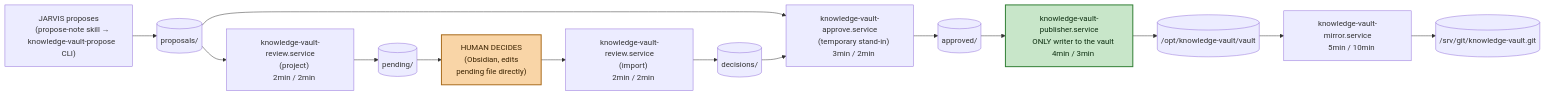
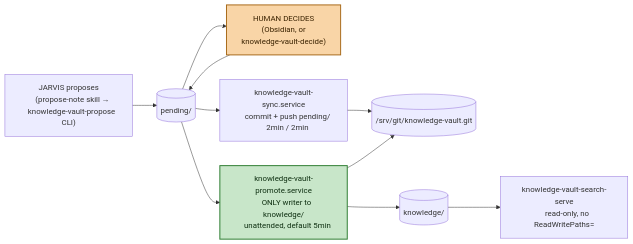
Before and after one commit to pedroortizortega/jarvis_project: the diagram in docs/services/knowledge-vault.md, drawn with Mermaid. The commit also changed other lines of this file and 6 other files, not shown here.

````diff
--- a/docs/services/knowledge-vault.md
+++ b/docs/services/knowledge-vault.md
@@ -60,55 +69,40 @@
 ```mermaid
 graph LR
     Agent["JARVIS proposes
     (propose-note skill →
     knowledge-vault-propose CLI)"]
-    Proposals[("proposals/")]
-    Review1["knowledge-vault-review.service
-    (project)
-    2min / 2min"]
     Pending[("pending/")]
     Human["HUMAN DECIDES
-    (Obsidian, edits
-    pending file directly)"]
-    Review2["knowledge-vault-review.service
-    (import)
+    (Obsidian, or
+    knowledge-vault-decide)"]
+    Sync["knowledge-vault-sync.service
+    commit + push pending/
     2min / 2min"]
-    Decisions[("decisions/")]
-    Approve["knowledge-vault-approve.service
-    (temporary stand-in)
-    3min / 2min"]
-    Approved[("approved/")]
-    Publisher["knowledge-vault-publisher.service
-    ONLY writer to the vault
-    4min / 3min"]
-    Vault[("/opt/knowledge-vault/vault")]
-    Mirror["knowledge-vault-mirror.service
-    5min / 10min"]
     Bare[("/srv/git/knowledge-vault.git")]
+    Promote["knowledge-vault-promote.service
+    ONLY writer to knowledge/
+    unattended, default 5min"]
+    Knowledge[("knowledge/")]
+    Search["knowledge-vault-search-serve
+    read-only, no ReadWritePaths="]
 
-    Agent --> Proposals
-    Proposals --> Review1
-    Review1 --> Pending
+    Agent --> Pending
     Pending --> Human
-    Human --> Review2
-    Review2 --> Decisions
-    Proposals --> Approve
-    Decisions --> Approve
-    Approve --> Approved
-    Approved --> Publisher
-    Publisher --> Vault
-    Vault --> Mirror
-    Mirror --> Bare
+    Human --> Pending
+    Pending --> Sync
+    Sync --> Bare
+    Pending --> Promote
+    Promote --> Knowledge
+    Promote --> Bare
+    Knowledge --> Search
 
     class Human human
-    class Publisher publisher
+    class Promote promoter
     classDef human fill:#f9d5a7,stroke:#a86a1a,stroke-width:2px,color:#3a2200
-    classDef publisher fill:#c8e6c9,stroke:#2e7d32,stroke-width:2px,color:#0d2e10
+    classDef promoter fill:#c8e6c9,stroke:#2e7d32,stroke-width:2px,color:#0d2e10
 
     click Agent "../../hermes-native/knowledge-vault/skills/propose-note/SKILL.md" "propose-note skill"
-    click Review1 "../../hermes-native/knowledge-vault/systemd/knowledge-vault-review.service" "knowledge-vault-review.service"
-    click Review2 "../../hermes-native/knowledge-vault/systemd/knowledge-vault-review.service" "knowledge-vault-review.service"
-    click Approve "../../hermes-native/knowledge-vault/systemd/knowledge-vault-approve.service" "knowledge-vault-approve.service"
-    click Publisher "../../hermes-native/knowledge-vault/systemd/knowledge-vault-publisher.service" "knowledge-vault-publisher.service"
-    click Mirror "../../hermes-native/knowledge-vault/systemd/knowledge-vault-mirror.service" "knowledge-vault-mirror.service"
+    click Sync "../../hermes-native/knowledge-vault/systemd/knowledge-vault-sync.service" "knowledge-vault-sync.service"
+    click Promote "../../hermes-native/knowledge-vault/systemd/knowledge-vault-promote.service" "knowledge-vault-promote.service"
+    click Search "../../hermes-native/knowledge-vault/systemd/knowledge-vault-search.service" "knowledge-vault-search.service"
 ```
````
